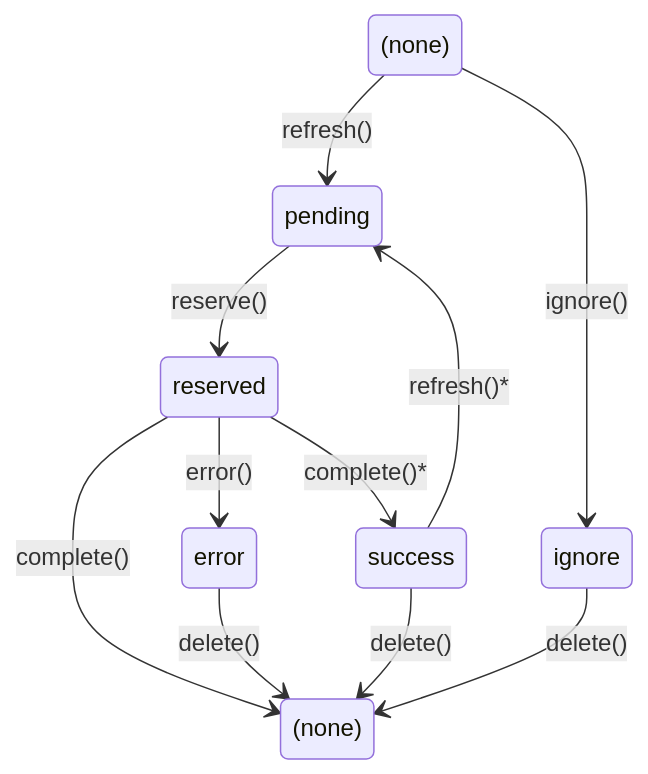
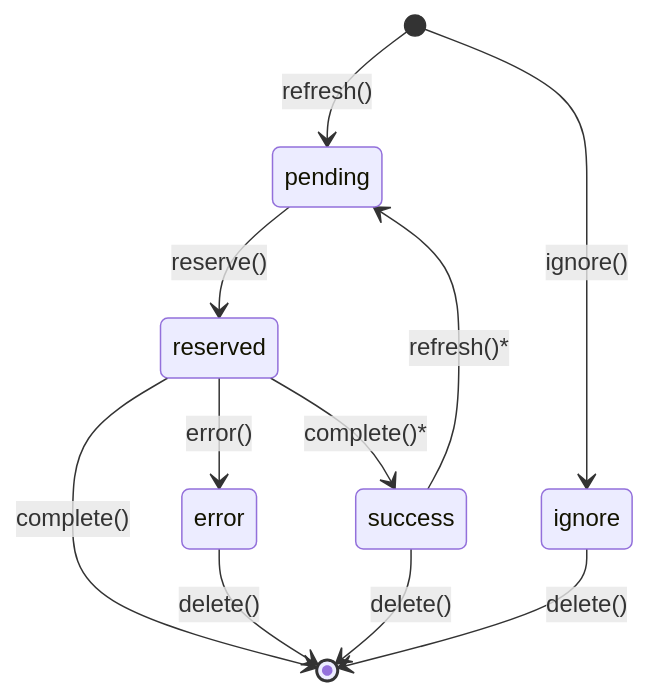
Before and after one commit to datajoint/datajoint-docs: the diagram in src/reference/specs/autopopulate.md, drawn with Mermaid. The commit also changed other lines of this file, not shown here.

````diff
--- a/src/reference/specs/autopopulate.md
+++ b/src/reference/specs/autopopulate.md
@@ -107,15 +278,13 @@
 ```mermaid
 stateDiagram-v2
-    state "(none)" as none1
-    state "(none)" as none2
-    none1 --> pending : refresh()
-    none1 --> ignore : ignore()
+    [*] --> pending : refresh()
+    [*] --> ignore : ignore()
     pending --> reserved : reserve()
-    reserved --> none2 : complete()
+    reserved --> [*] : complete()
     reserved --> success : complete()*
     reserved --> error : error()
     success --> pending : refresh()*
-    error --> none2 : delete()
-    success --> none2 : delete()
-    ignore --> none2 : delete()
+    error --> [*] : delete()
+    success --> [*] : delete()
+    ignore --> [*] : delete()
 ```
````
